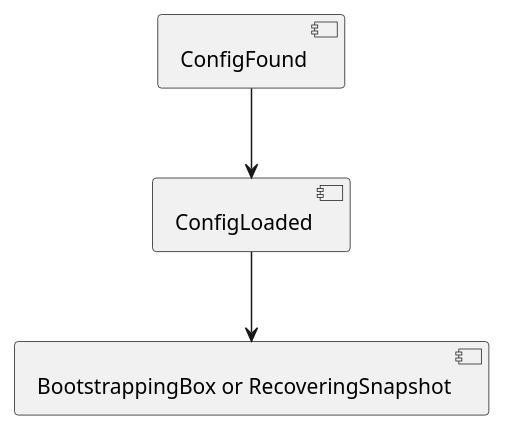
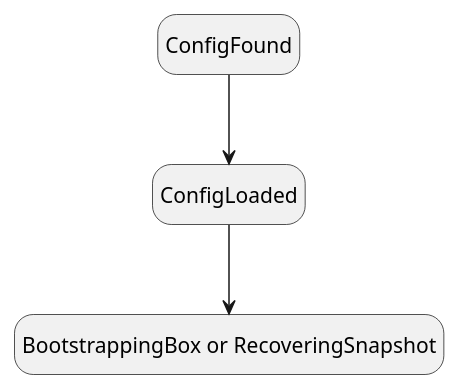
Before and after one commit to tarantool/cartridge: the diagram in rst/uml/ConfigLoaded.puml, drawn with PlantUML. The commit also changed 6 other files, not shown here.

```diff
--- a/rst/uml/ConfigLoaded.puml
+++ b/rst/uml/ConfigLoaded.puml
@@ -1,6 +1,9 @@
 @startuml
 
-[ConfigFound] --> [ConfigLoaded]
-[ConfigLoaded] --> [BootstrappingBox or RecoveringSnapshot]
+hide empty description
+state "BootstrappingBox or RecoveringSnapshot" as BootstrappingBox
+
+ConfigFound --> ConfigLoaded
+ConfigLoaded --> BootstrappingBox
 
 @enduml
```
